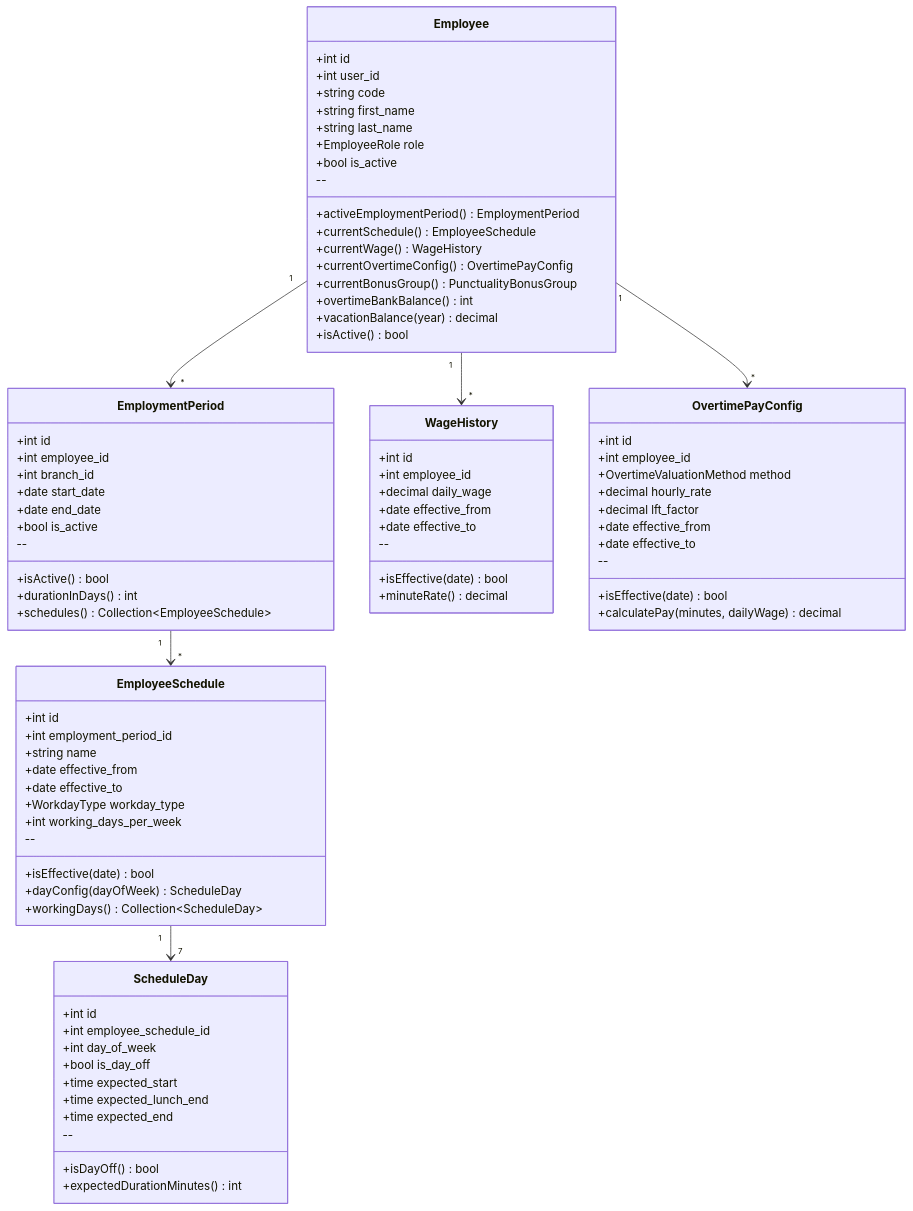
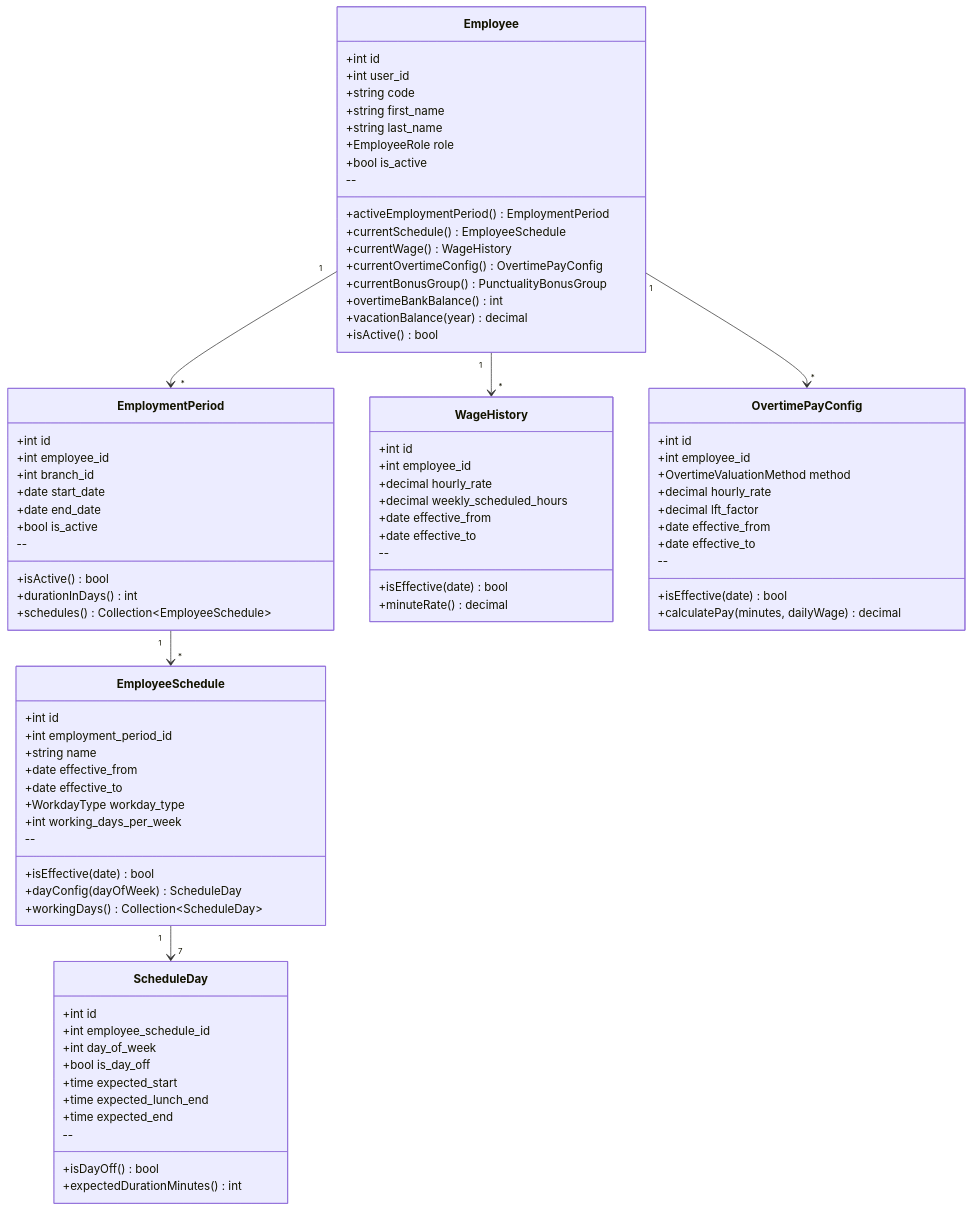
One commit to pakodiazdev/sushigo changed the seventh of 18 diagrams in doc/modules/attendance-payroll/attendance-payroll-domain-model.es.md. Above: the diagram before and after it, drawn with Mermaid. The commit also changed other lines of this file and 12 other files, not shown here.

```diff
--- a/doc/modules/attendance-payroll/attendance-payroll-domain-model.es.md
+++ b/doc/modules/attendance-payroll/attendance-payroll-domain-model.es.md
@@ -922,7 +924,8 @@
     class WageHistory {
         +int id
         +int employee_id
-        +decimal daily_wage
+        +decimal hourly_rate
+        +decimal weekly_scheduled_hours
         +date effective_from
         +date effective_to
         --
```
